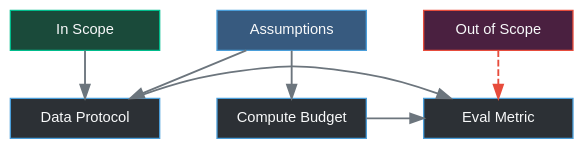
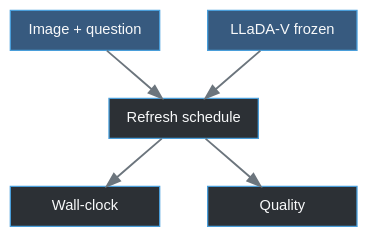
One commit to HongyuCao3/dmllm-refresh-frontier changed the first of 2 diagrams in docs/task_definition.qmd. Above: the diagram before and after it, drawn with Graphviz. The commit also changed other lines of this file and 24 other files, not shown here.

````diff
--- a/docs/task_definition.qmd
+++ b/docs/task_definition.qmd
@@ -109,35 +13,22 @@
 ```{dot}
-//| label: fig-scope
-//| fig-cap: "Scope boundary"
-//| fig-width: 6
+//| label: fig-problem
+//| fig-cap: "Only the refresh schedule changes; cost and quality are measured on the same runs"
+//| fig-width: 7
 //| fig-height: 2.8
 digraph G {
   bgcolor="transparent"
   rankdir=TB
-  graph [ranksep=0.5, nodesep=0.6]
+  graph [ranksep=0.5, nodesep=0.5]
   node [style=filled, fillcolor="#2c3035", color="#4a9eda",
         fontcolor="#f8f9fa", fontname="Arial", fontsize=11,
         shape=box, width=1.55, height=0.42]
   edge [color="#6c757d", penwidth=1.4]
-
-  subgraph row1 {
-    rank=same
-    In [label="In Scope", fillcolor="#1a4a3a", color="#00bc8c"]
-    Assume [label="Assumptions", fillcolor="#375a7f"]
-    Out [label="Out of Scope", fillcolor="#4a2040", color="#e74c3c"]
-  }
-  subgraph row2 {
-    rank=same
-    Budget [label="Compute Budget"]
-    Data   [label="Data Protocol"]
-    Metric [label="Eval Metric"]
-  }
-
-  In     -> Data
-  Assume -> Budget
-  Assume -> Data
-  Out    -> Metric [style=dashed, color="#e74c3c"]
-  Data   -> Metric
-  Budget -> Metric
+  {rank=same; I [label="Image + question", fillcolor="#375a7f"]; M [label="LLaDA-V frozen", fillcolor="#375a7f"]}
+  P [label="Refresh schedule"]
+  {rank=same; T [label="Wall-clock"]; Q [label="Quality"]}
+  I -> P
+  M -> P
+  P -> T
+  P -> Q
 }
 ```
````
